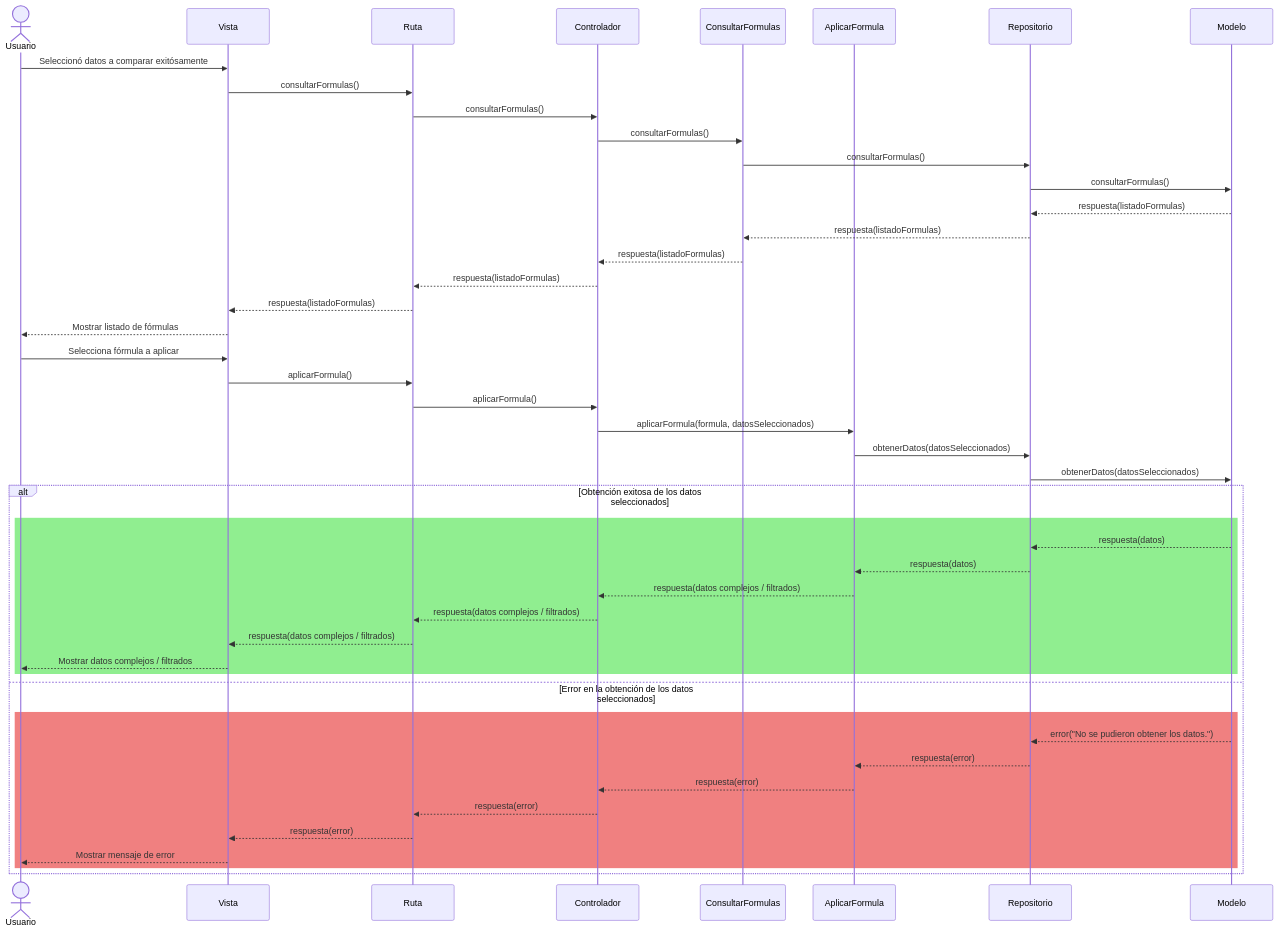
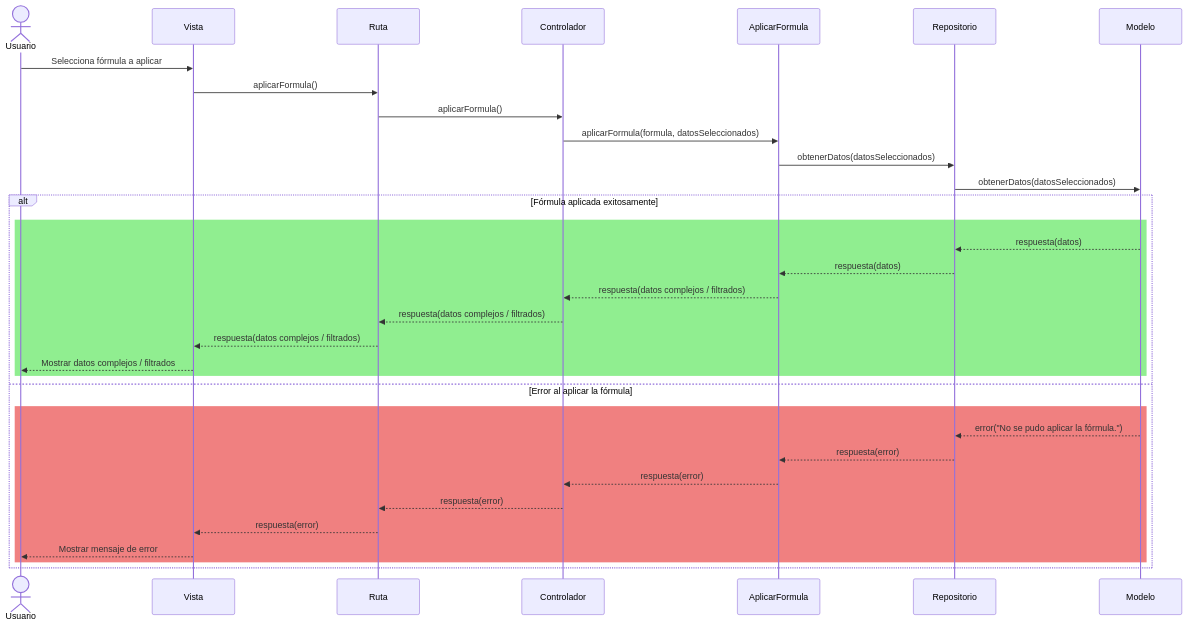
Before and after one commit to CodeAnd-Co/Documentacion: the diagram in documentation/docs/proyectos/tractores/documentacion/requisitos/RF74.md, drawn with Mermaid. The commit also changed other lines of this file, not shown here.

Commit message:
Añadir Dependencias y Corregir Diagrama de Secuencia

````diff
--- a/documentation/docs/proyectos/tractores/documentacion/requisitos/RF74.md
+++ b/documentation/docs/proyectos/tractores/documentacion/requisitos/RF74.md
@@ -28,53 +32,38 @@
 ```mermaid
 sequenceDiagram
     actor Usuario
     participant Vista
     participant Ruta
     participant Controlador
-    participant ConsultarFormulas
     participant AplicarFormula
     participant Repositorio
     participant Modelo
-
-    %% Consulta de fórmulas
-    Usuario ->> Vista: Seleccionó datos a comparar exitósamente
-    Vista ->> Ruta: consultarFormulas()
-    Ruta ->> Controlador: consultarFormulas()
-    Controlador ->> ConsultarFormulas: consultarFormulas()
-    ConsultarFormulas ->> Repositorio: consultarFormulas()
-    Repositorio ->> Modelo: consultarFormulas()
-    Modelo -->> Repositorio: respuesta(listadoFormulas)
-    Repositorio -->> ConsultarFormulas: respuesta(listadoFormulas)
-    ConsultarFormulas -->> Controlador: respuesta(listadoFormulas)
-    Controlador -->> Ruta: respuesta(listadoFormulas)
-    Ruta -->> Vista: respuesta(listadoFormulas)
-    Vista -->> Usuario: Mostrar listado de fórmulas
 
     %% Aplicación de fórmula
     Usuario ->> Vista: Selecciona fórmula a aplicar
     Vista ->> Ruta: aplicarFormula()
     Ruta ->> Controlador: aplicarFormula()
     Controlador ->> AplicarFormula: aplicarFormula(formula, datosSeleccionados)
     AplicarFormula ->> Repositorio: obtenerDatos(datosSeleccionados)
     Repositorio ->> Modelo: obtenerDatos(datosSeleccionados)
-    alt Obtención exitosa de los datos seleccionados
+    alt Fórmula aplicada exitosamente
         rect Lightgreen
         Modelo -->> Repositorio: respuesta(datos)
         Repositorio -->> AplicarFormula: respuesta(datos)
         AplicarFormula -->> Controlador: respuesta(datos complejos / filtrados)
         Controlador -->> Ruta: respuesta(datos complejos / filtrados)
         Ruta -->> Vista: respuesta(datos complejos / filtrados)
         Vista -->> Usuario: Mostrar datos complejos / filtrados
         end
-    else Error en la obtención de los datos seleccionados
+    else Error al aplicar la fórmula
         rect Lightcoral
-        Modelo -->> Repositorio: error("No se pudieron obtener los datos.")
+        Modelo -->> Repositorio: error("No se pudo aplicar la fórmula.")
         Repositorio -->> AplicarFormula: respuesta(error)
         AplicarFormula -->> Controlador: respuesta(error)
         Controlador -->> Ruta: respuesta(error)
         Ruta -->> Vista: respuesta(error)
         Vista -->> Usuario: Mostrar mensaje de error
         end
     end
 
 ```
````
